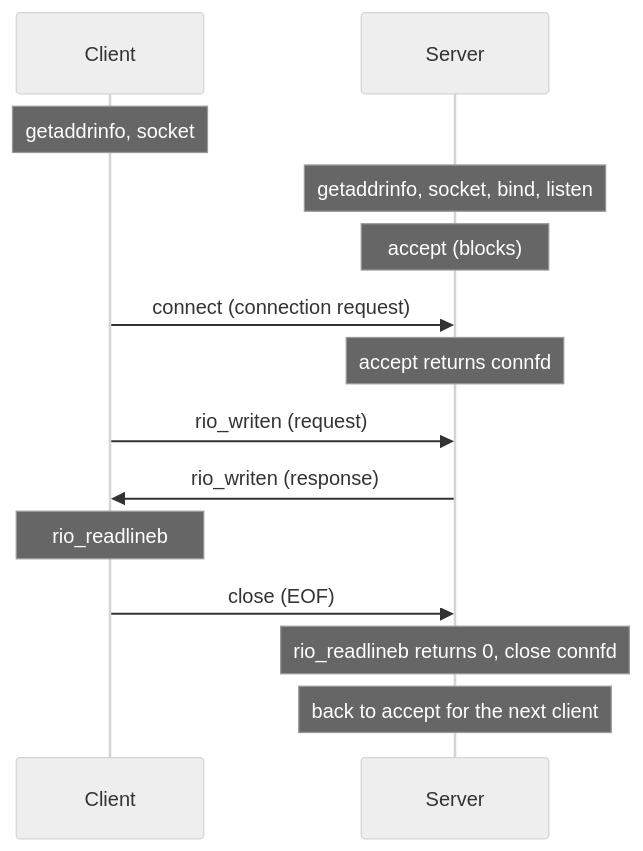
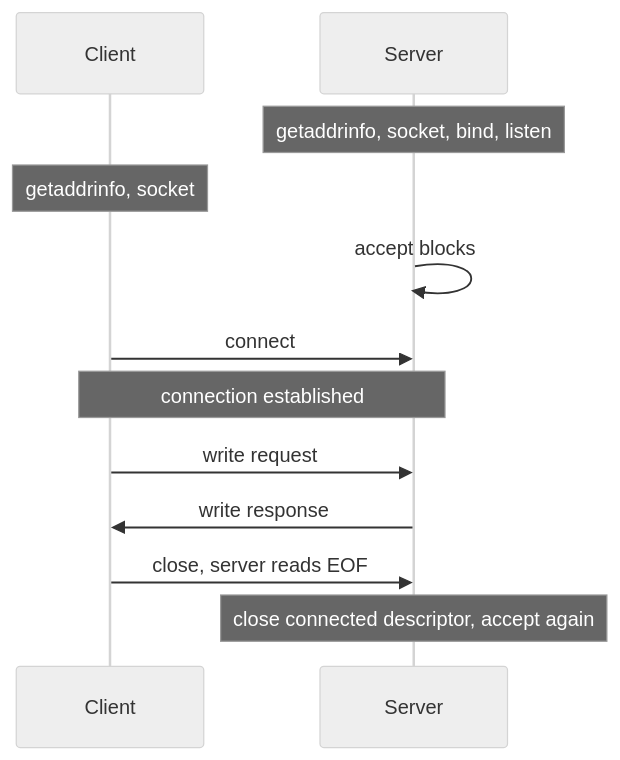
The first of 3 diagrams in src/csapp/lessons/30-sockets-http.md (alvinnew100/grand-line-study-guide), drawn with Mermaid (neutral theme) before and after one commit. The commit also changed other lines of this file and 47 other files, not shown here.

````diff
--- a/src/csapp/lessons/30-sockets-http.md
+++ b/src/csapp/lessons/30-sockets-http.md
@@ -9,16 +19,14 @@
 ```mermaid
 sequenceDiagram
-  participant C as Client
-  participant S as Server
-  Note over C: getaddrinfo, socket
-  Note over S: getaddrinfo, socket, bind, listen
-  Note over S: accept (blocks)
-  C->>S: connect (connection request)
-  Note over S: accept returns connfd
-  C->>S: rio_writen (request)
-  S->>C: rio_writen (response)
-  Note over C: rio_readlineb
-  C->>S: close (EOF)
-  Note over S: rio_readlineb returns 0, close connfd
-  Note over S: back to accept for the next client
+    participant C as Client
+    participant S as Server
+    Note over S: getaddrinfo, socket, bind, listen
+    Note over C: getaddrinfo, socket
+    S->>S: accept blocks
+    C->>S: connect
+    Note over C,S: connection established
+    C->>S: write request
+    S->>C: write response
+    C->>S: close, server reads EOF
+    Note over S: close connected descriptor, accept again
 ```
````
